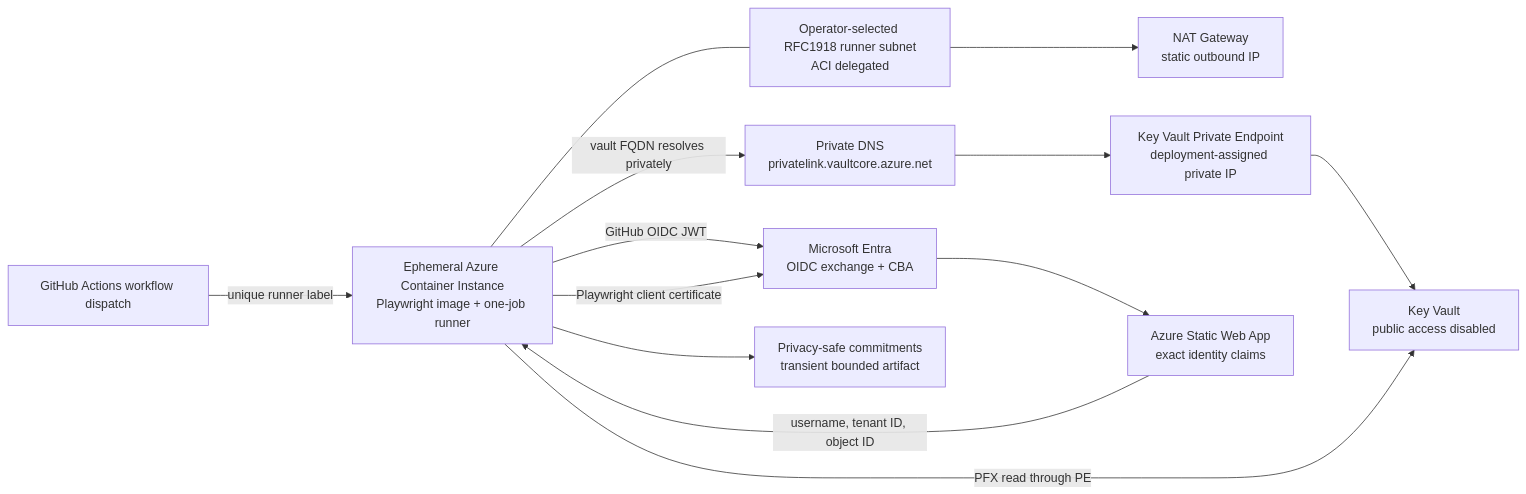
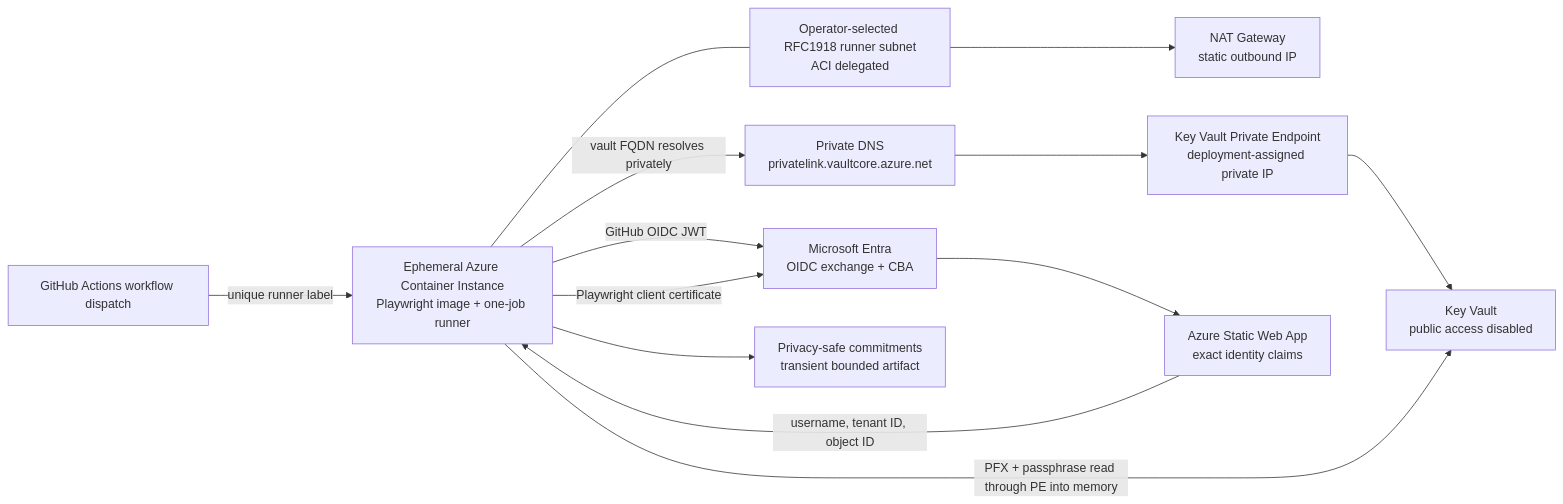
The diagram in solutions/entra-cba-playwright/README.md (samitks77/dev-agents-solutions), drawn with Mermaid before and after one commit. The commit also changed other lines of this file and 15 other files, not shown here.

````diff
--- a/solutions/entra-cba-playwright/README.md
+++ b/solutions/entra-cba-playwright/README.md
@@ -181,26 +214,26 @@
 ```mermaid
 flowchart LR
     GH[GitHub Actions workflow dispatch]
     ACI[Ephemeral Azure Container Instance<br/>Playwright image + one-job runner]
     RS[Operator-selected RFC1918 runner subnet<br/>ACI delegated]
     NAT[NAT Gateway<br/>static outbound IP]
     DNS[Private DNS<br/>privatelink.vaultcore.azure.net]
     PE[Key Vault Private Endpoint<br/>deployment-assigned private IP]
     KV[Key Vault<br/>public access disabled]
     ENTRA[Microsoft Entra<br/>OIDC exchange + CBA]
     APP[Azure Static Web App<br/>exact identity claims]
     ART[Privacy-safe commitments<br/>transient bounded artifact]
 
     GH -->|unique runner label| ACI
     ACI --- RS
     RS --> NAT
     ACI -->|vault FQDN resolves privately| DNS
     DNS --> PE
     PE --> KV
     ACI -->|GitHub OIDC JWT| ENTRA
-    ACI -->|PFX read through PE| KV
+    ACI -->|PFX + passphrase read through PE into memory| KV
     ACI -->|Playwright client certificate| ENTRA
     ENTRA --> APP
     APP -->|username, tenant ID, object ID| ACI
     ACI --> ART
 ```
````
